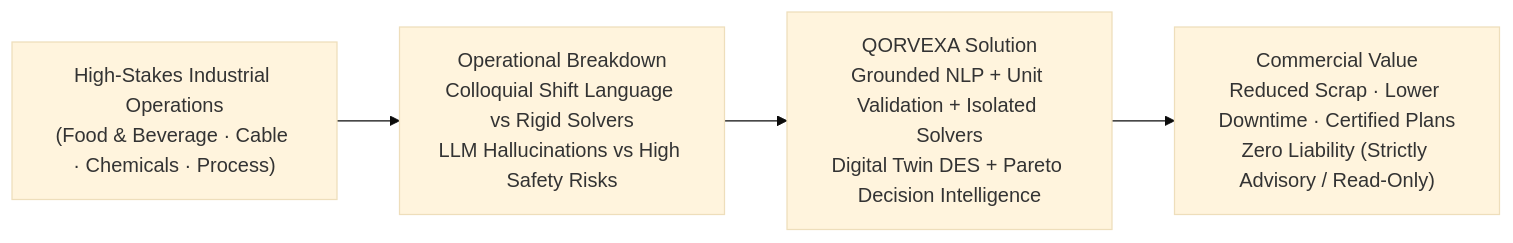
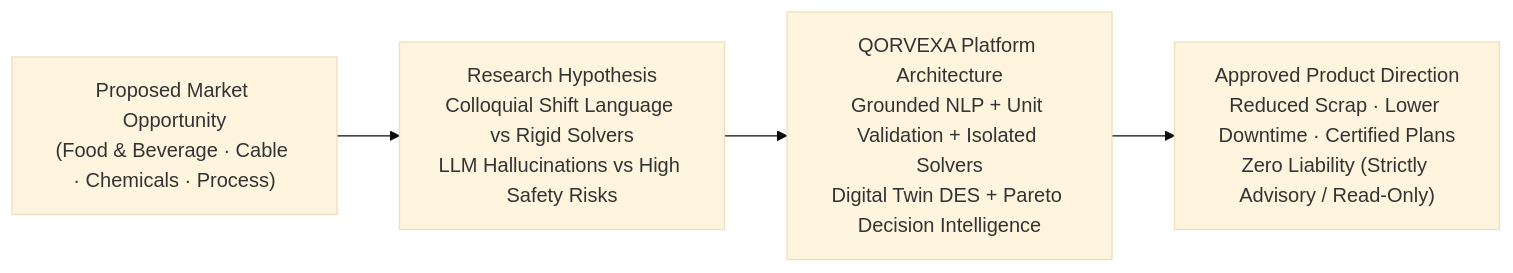
Before and after one commit to Mohamed-Osama-ai7/QORVEXA: the first of 6 diagrams in docs/qorvexa/QORVEXA_MASTER_PROJECT_AND_TEAM_BLUEPRINT.md, drawn with Mermaid (base theme). The commit also changed other lines of this file, not shown here.

Commit message:
docs(blueprint): align master document with canonical platform architecture

````diff
--- a/docs/qorvexa/QORVEXA_MASTER_PROJECT_AND_TEAM_BLUEPRINT.md
+++ b/docs/qorvexa/QORVEXA_MASTER_PROJECT_AND_TEAM_BLUEPRINT.md
@@ -65,6 +68,6 @@
 ```mermaid
 flowchart LR
-    Market["High-Stakes Industrial Operations\n(Food & Beverage · Cable · Chemicals · Process)"] --> Problem["Operational Breakdown\nColloquial Shift Language vs Rigid Solvers\nLLM Hallucinations vs High Safety Risks"]
-    Problem --> Qorvexa["QORVEXA Solution\nGrounded NLP + Unit Validation + Isolated Solvers\nDigital Twin DES + Pareto Decision Intelligence"]
-    Qorvexa --> Commercial["Commercial Value\nReduced Scrap · Lower Downtime · Certified Plans\nZero Liability (Strictly Advisory / Read-Only)"]
+    Market["Proposed Market Opportunity\n(Food & Beverage · Cable · Chemicals · Process)"] --> Problem["Research Hypothesis\nColloquial Shift Language vs Rigid Solvers\nLLM Hallucinations vs High Safety Risks"]
+    Problem --> Qorvexa["QORVEXA Platform Architecture\nGrounded NLP + Unit Validation + Isolated Solvers\nDigital Twin DES + Pareto Decision Intelligence"]
+    Qorvexa --> Commercial["Approved Product Direction\nReduced Scrap · Lower Downtime · Certified Plans\nZero Liability (Strictly Advisory / Read-Only)"]
 ```
````
